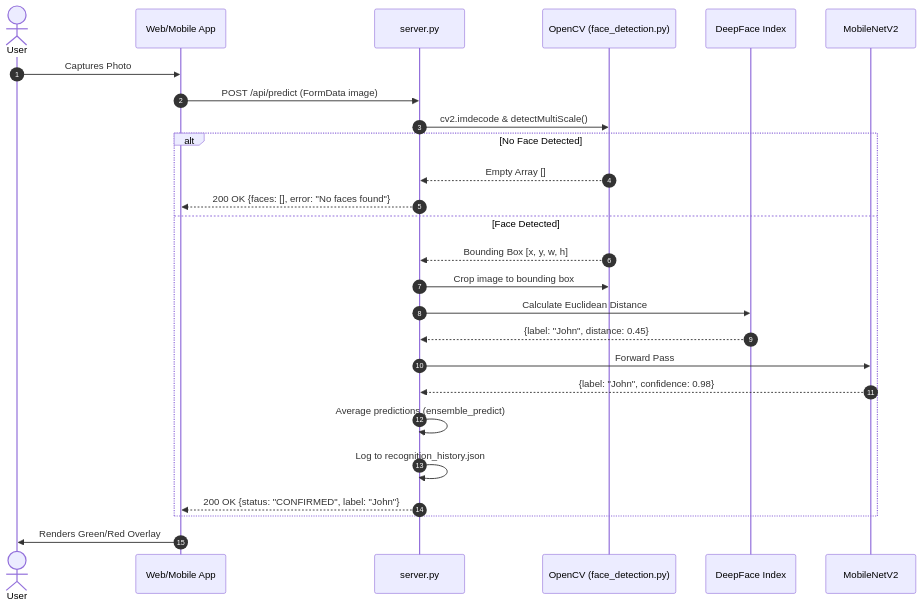
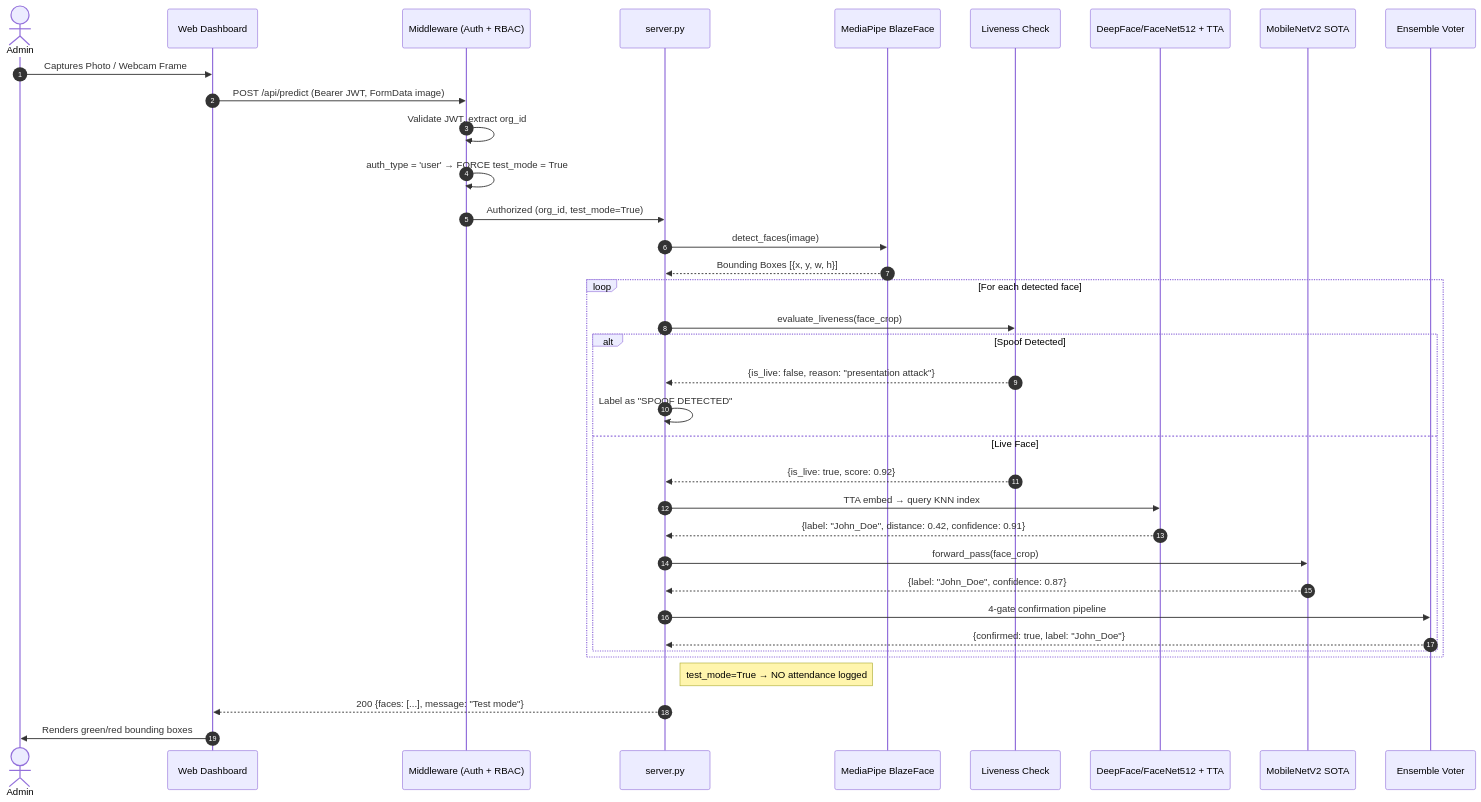
Before and after one commit to PrashantTarbundiya/RMS: the second of 6 diagrams in docs/10_Data_Flow.md, drawn with Mermaid. The commit also changed other lines of this file and 33 other files, not shown here.

Commit message:
feat: implement robust security architecture, multi-tenant isolation, and automated update management system

````diff
--- a/docs/10_Data_Flow.md
+++ b/docs/10_Data_Flow.md
@@ -8,31 +35,41 @@
 ```mermaid
 sequenceDiagram
     autonumber
-    actor User
-    participant Client as Web/Mobile App
+    actor Admin
+    participant Client as Web Dashboard
+    participant MW as Middleware (Auth + RBAC)
     participant API as server.py
-    participant CV as OpenCV (face_detection.py)
-    participant KNN as DeepFace Index
-    participant CNN as MobileNetV2
+    participant MP as MediaPipe BlazeFace
+    participant LV as Liveness Check
+    participant KNN as DeepFace/FaceNet512 + TTA
+    participant CNN as MobileNetV2 SOTA
+    participant ENS as Ensemble Voter
     
-    User->>Client: Captures Photo
-    Client->>API: POST /api/predict (FormData image)
-    API->>CV: cv2.imdecode & detectMultiScale()
+    Admin->>Client: Captures Photo / Webcam Frame
+    Client->>MW: POST /api/predict (Bearer JWT, FormData image)
+    MW->>MW: Validate JWT, extract org_id
+    MW->>MW: auth_type = 'user' → FORCE test_mode = True
+    MW->>API: Authorized (org_id, test_mode=True)
+    API->>MP: detect_faces(image)
+    MP-->>API: Bounding Boxes [{x, y, w, h}]
     
-    alt No Face Detected
-        CV-->>API: Empty Array []
-        API-->>Client: 200 OK {faces: [], error: "No faces found"}
-    else Face Detected
-        CV-->>API: Bounding Box [x, y, w, h]
-        API->>CV: Crop image to bounding box
-        API->>KNN: Calculate Euclidean Distance
-        KNN-->>API: {label: "John", distance: 0.45}
-        API->>CNN: Forward Pass
-        CNN-->>API: {label: "John", confidence: 0.98}
-        
-        API->>API: Average predictions (ensemble_predict)
-        API->>API: Log to recognition_history.json
-        API-->>Client: 200 OK {status: "CONFIRMED", label: "John"}
+    loop For each detected face
+        API->>LV: evaluate_liveness(face_crop)
+        alt Spoof Detected
+            LV-->>API: {is_live: false, reason: "presentation attack"}
+            API->>API: Label as "SPOOF DETECTED"
+        else Live Face
+            LV-->>API: {is_live: true, score: 0.92}
+            API->>KNN: TTA embed → query KNN index
+            KNN-->>API: {label: "John_Doe", distance: 0.42, confidence: 0.91}
+            API->>CNN: forward_pass(face_crop)
+            CNN-->>API: {label: "John_Doe", confidence: 0.87}
+            API->>ENS: 4-gate confirmation pipeline
+            ENS-->>API: {confirmed: true, label: "John_Doe"}
+        end
     end
-    Client->>User: Renders Green/Red Overlay
+    
+    Note right of API: test_mode=True → NO attendance logged
+    API-->>Client: 200 {faces: [...], message: "Test mode"}
+    Client->>Admin: Renders green/red bounding boxes
 ```
````
